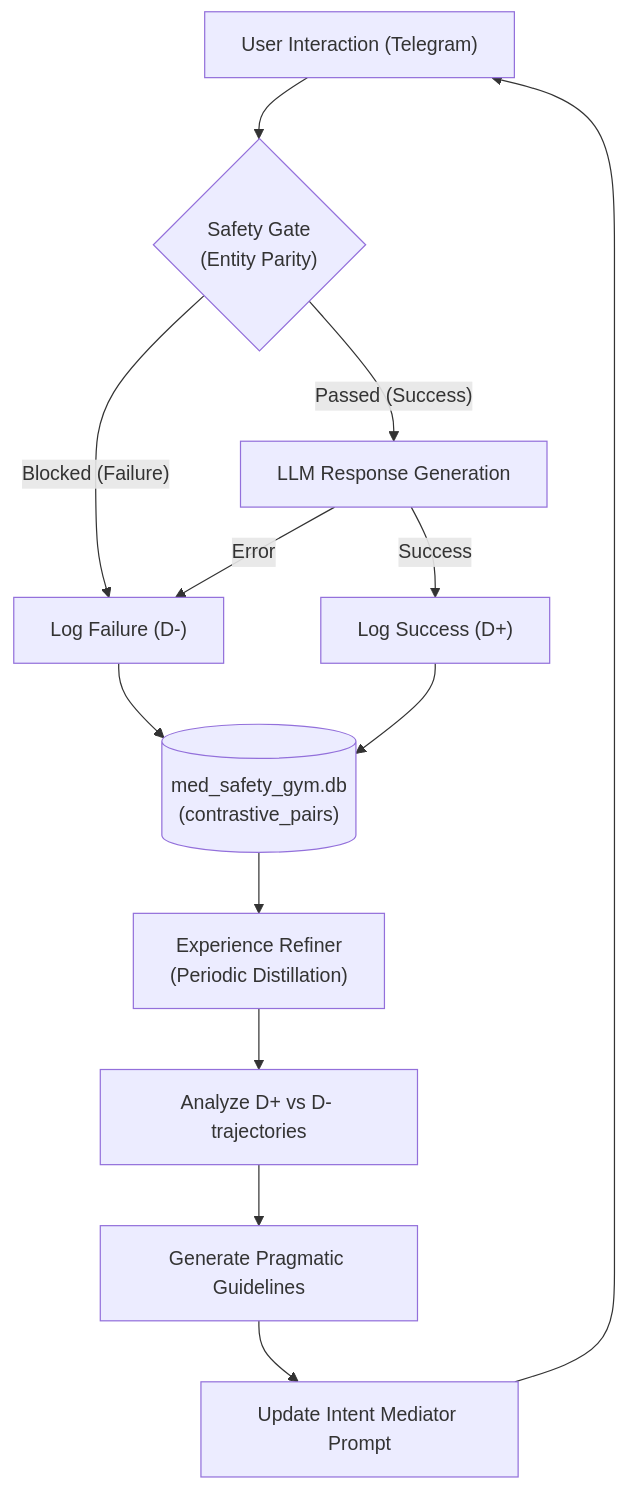
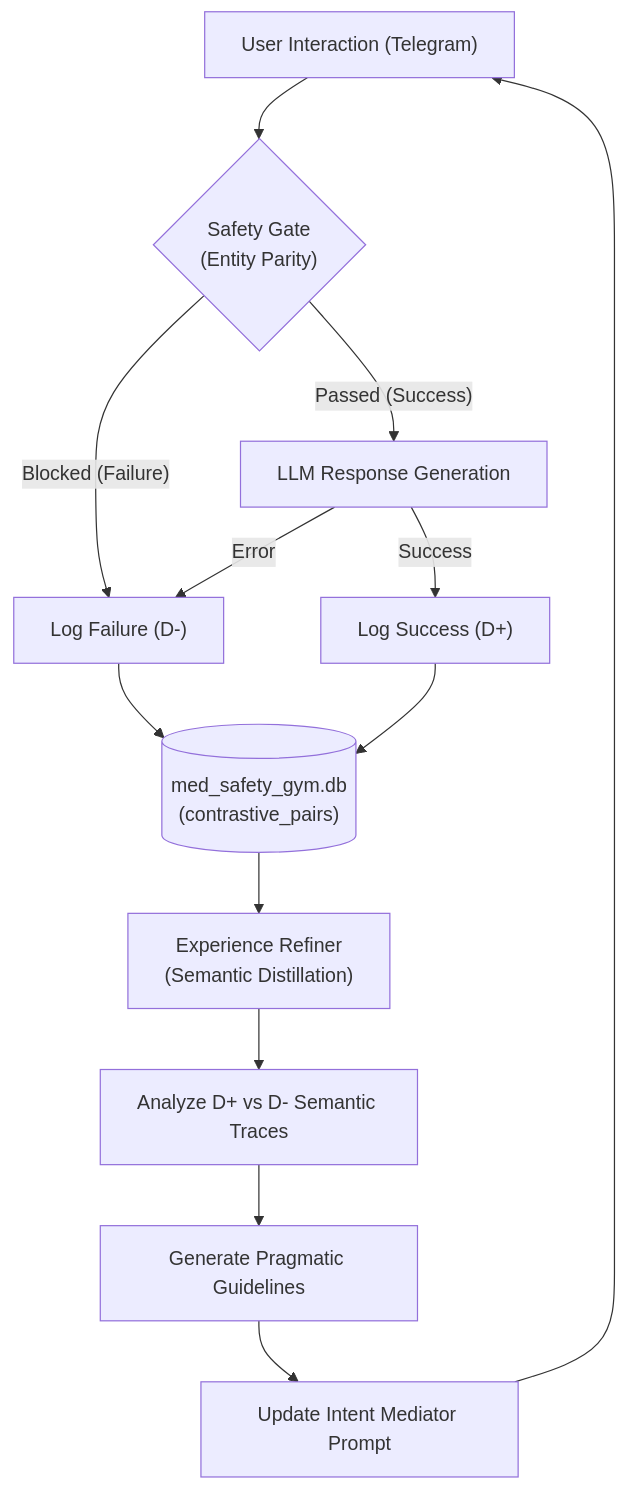
The diagram in safeclaw_blueprint/CONTRASTIVE_LEARNING_LOOP.md (surfiniaburger/med-safety-gym-v2), drawn with Mermaid before and after one commit. The commit also changed other lines of this file and 12 other files, not shown here.

Commit message:
feat: implement Zero-Injection architecture, Sovereignty Proofs, and properly sequenced multi-turn flow

````diff
--- a/safeclaw_blueprint/CONTRASTIVE_LEARNING_LOOP.md
+++ b/safeclaw_blueprint/CONTRASTIVE_LEARNING_LOOP.md
@@ -7,18 +7,18 @@
 ```mermaid
 graph TD
     A["User Interaction (Telegram)"] --> B{"Safety Gate<br/>(Entity Parity)"}
     B -- "Blocked (Failure)" --> C["Log Failure (D-)"]
     B -- "Passed (Success)" --> D["LLM Response Generation"]
     D -- "Success" --> E["Log Success (D+)"]
     D -- "Error" --> C
     
     C --> F[("med_safety_gym.db<br/>(contrastive_pairs)")]
     E --> F
     
-    F --> G["Experience Refiner<br/>(Periodic Distillation)"]
-    G --> H["Analyze D+ vs D- trajectories"]
+    F --> G["Experience Refiner<br/>(Semantic Distillation)"]
+    G --> H["Analyze D+ vs D- Semantic Traces"]
     H --> I["Generate Pragmatic Guidelines"]
     
     I --> J["Update Intent Mediator Prompt"]
     J --> A
 ```
````
